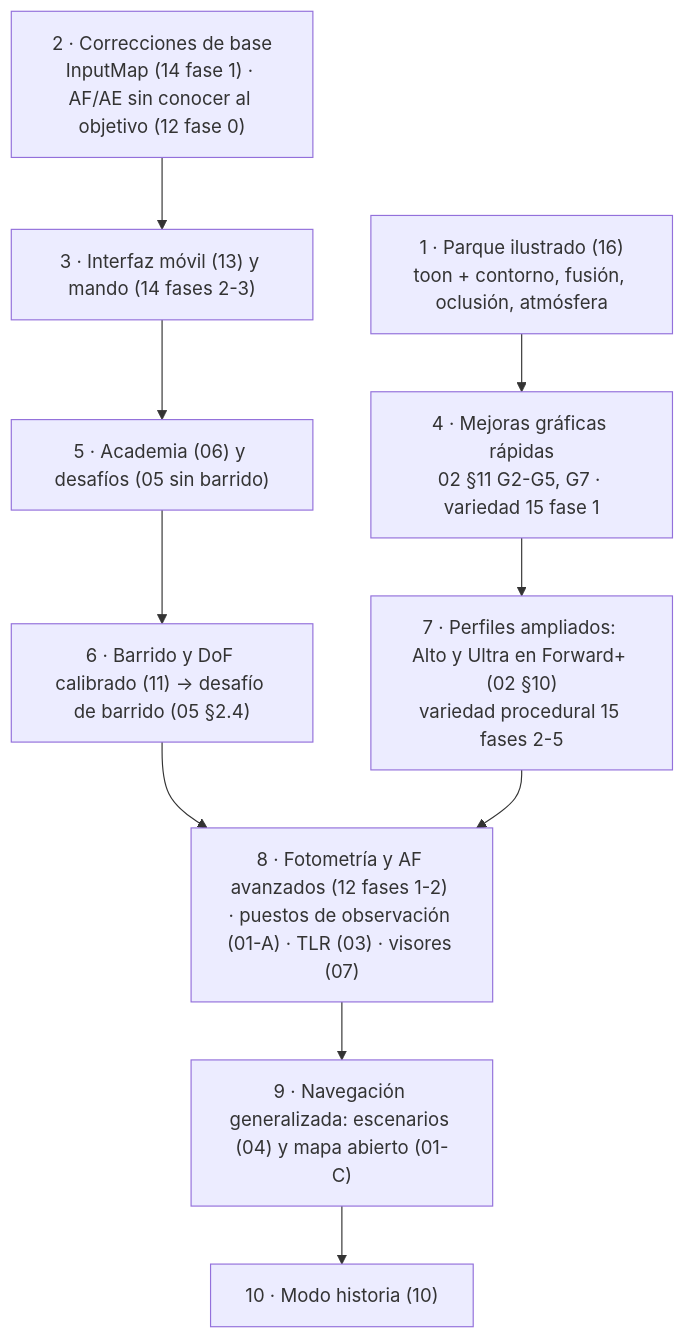
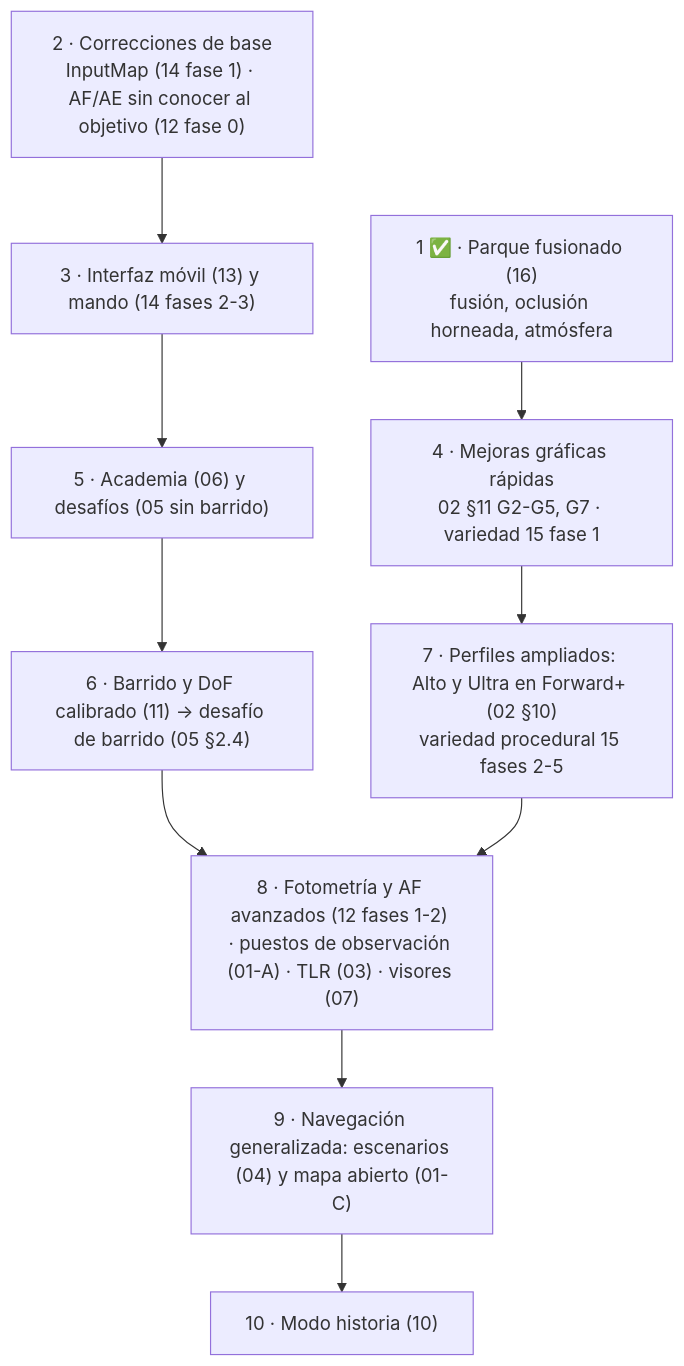
One commit to Ganso/proyecto-paparazzi changed the diagram in docs/futuro/README.md. Above: the diagram before and after it, drawn with Mermaid. The commit also changed other lines of this file and 38 other files, not shown here.

First line of the commit message:
feat: parque fusionado con oclusión horneada, niebla moderada y luz corregida

````diff
--- a/docs/futuro/README.md
+++ b/docs/futuro/README.md
@@ -96,12 +96,12 @@
 ```mermaid
 graph TD
-    P1["1 · Parque ilustrado (16)<br/>toon + contorno, fusión, oclusión, atmósfera"] --> P4
+    P1["1 ✅ · Parque fusionado (16)<br/>fusión, oclusión horneada, atmósfera"] --> P4
     P2["2 · Correcciones de base<br/>InputMap (14 fase 1) · AF/AE sin conocer al objetivo (12 fase 0)"] --> P3
     P3["3 · Interfaz móvil (13) y mando (14 fases 2-3)"] --> P5
     P4["4 · Mejoras gráficas rápidas<br/>02 §11 G2-G5, G7 · variedad 15 fase 1"] --> P7
     P5["5 · Academia (06) y desafíos (05 sin barrido)"] --> P6
     P6["6 · Barrido y DoF calibrado (11) → desafío de barrido (05 §2.4)"] --> P8
     P7["7 · Perfiles ampliados: Alto y Ultra en Forward+ (02 §10)<br/>variedad procedural 15 fases 2-5"] --> P8
     P8["8 · Fotometría y AF avanzados (12 fases 1-2) · puestos de observación (01-A) · TLR (03) · visores (07)"] --> P9
     P9["9 · Navegación generalizada: escenarios (04) y mapa abierto (01-C)"] --> P10["10 · Modo historia (10)"]
 ```
````
